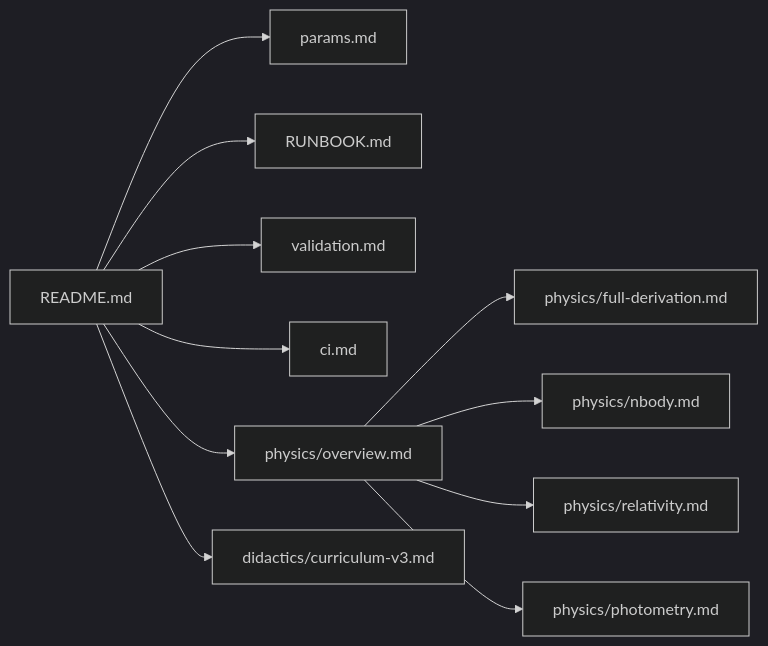
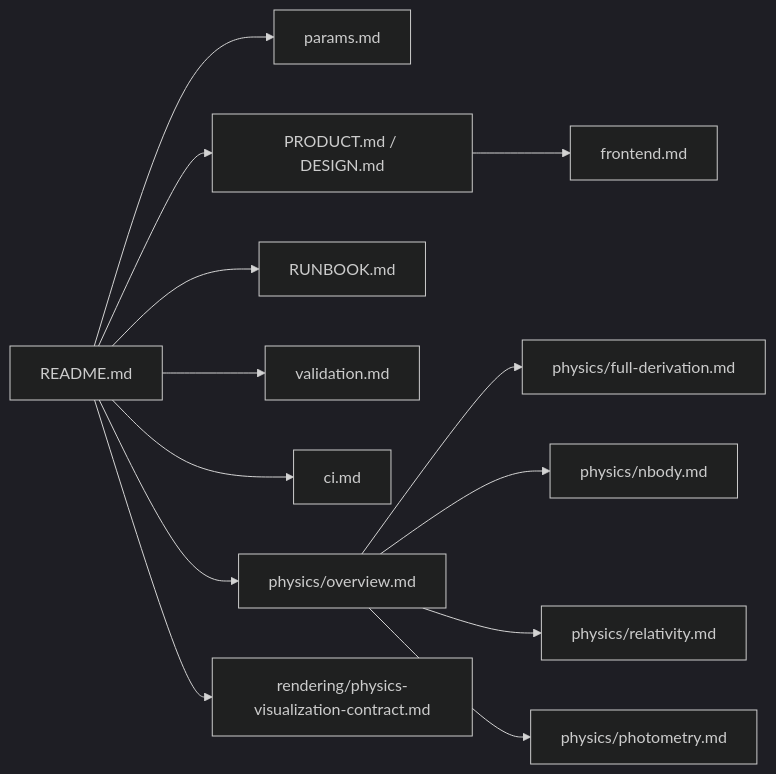
Before and after one commit to sebastianspicker/otherlight: the diagram in docs/README.md, drawn with Mermaid (dark theme). The commit also changed other lines of this file and 368 other files, not shown here.

````diff
--- a/docs/README.md
+++ b/docs/README.md
@@ -15,13 +18,15 @@
 ```mermaid
 flowchart LR
   Root["README.md"] --> Params["params.md"]
+  Root --> Product["PRODUCT.md / DESIGN.md"]
+  Product --> Frontend["frontend.md"]
   Root --> Runbook["RUNBOOK.md"]
   Root --> Validation["validation.md"]
   Root --> CI["ci.md"]
   Root --> Physics["physics/overview.md"]
   Physics --> Derivation["physics/full-derivation.md"]
   Physics --> NBody["physics/nbody.md"]
   Physics --> Relativity["physics/relativity.md"]
   Physics --> Photometry["physics/photometry.md"]
-  Root --> Didactics["didactics/curriculum-v3.md"]
+  Root --> Rendering["rendering/physics-visualization-contract.md"]
 ```
````
